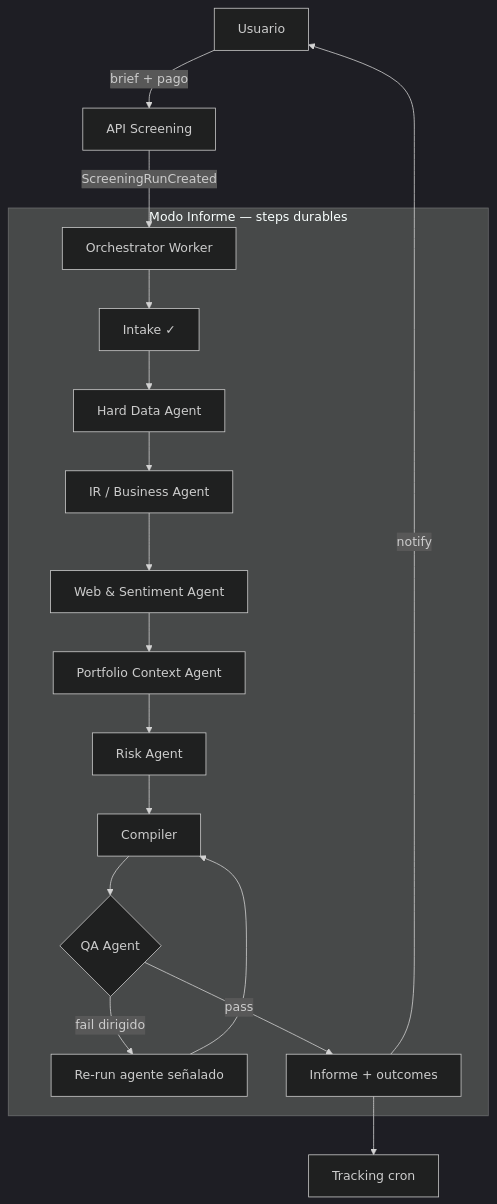
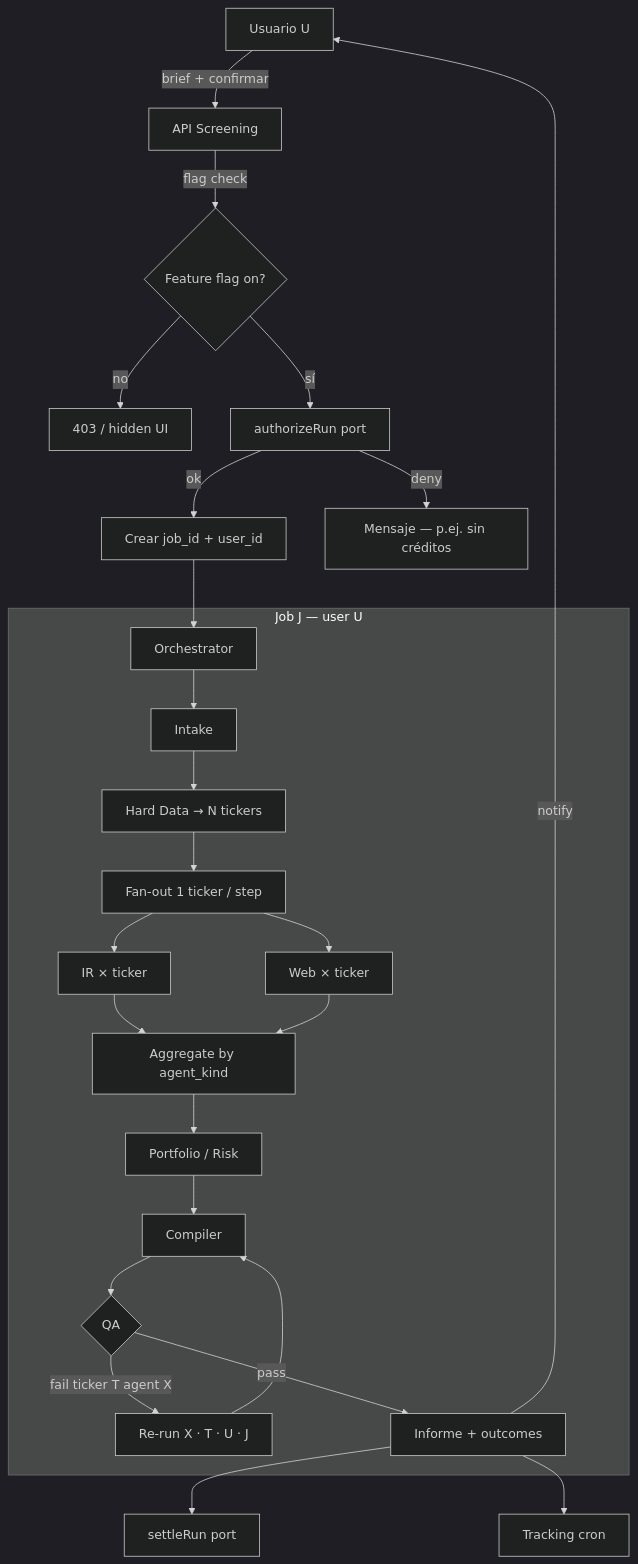
Before and after one commit to kyberis/stocktracker: the third of 5 diagrams in docs/PRD_INVESTMENT_SCREENING_AGENTS_FEASIBLE.md, drawn with Mermaid (dark theme). The commit also changed other lines of this file and 53 other files, not shown here.

````diff
--- a/docs/PRD_INVESTMENT_SCREENING_AGENTS_FEASIBLE.md
+++ b/docs/PRD_INVESTMENT_SCREENING_AGENTS_FEASIBLE.md
@@ -113,22 +299,30 @@
 ```mermaid
 flowchart TD
-    U[Usuario] -->|brief + pago| API[API Screening]
-    API -->|ScreeningRunCreated| ORCH[Orchestrator Worker]
+    U[Usuario U] -->|brief + confirmar| API[API Screening]
+    API -->|flag check| FF{Feature flag on?}
+    FF -->|no| DENY[403 / hidden UI]
+    FF -->|sí| AUTH[authorizeRun port]
+    AUTH -->|ok| JOB[Crear job_id + user_id]
+    AUTH -->|deny| BLOCK[Mensaje — p.ej. sin créditos]
+    JOB --> ORCH[Orchestrator]
 
-    subgraph "Modo Informe — steps durables"
-        ORCH --> S0[Intake ✓]
-        S0 --> S1[Hard Data Agent]
-        S1 --> S2[IR / Business Agent]
-        S2 --> S3[Web & Sentiment Agent]
-        S3 --> S4[Portfolio Context Agent]
-        S4 --> S5[Risk Agent]
-        S5 --> SC[Compiler]
-        SC --> QA{QA Agent}
-        QA -->|fail dirigido| RX[Re-run agente señalado]
+    subgraph "Job J — user U"
+        ORCH --> S0[Intake]
+        S0 --> S1[Hard Data → N tickers]
+        S1 --> FO[Fan-out 1 ticker / step]
+        FO --> IR[IR × ticker]
+        FO --> WEB[Web × ticker]
+        IR --> AGG[Aggregate by agent_kind]
+        WEB --> AGG
+        AGG --> PC[Portfolio / Risk]
+        PC --> SC[Compiler]
+        SC --> QA{QA}
+        QA -->|fail ticker T agent X| RX[Re-run X · T · U · J]
         RX --> SC
         QA -->|pass| DONE[Informe + outcomes]
     end
 
+    DONE --> SETTLE[settleRun port]
     DONE -->|notify| U
     DONE --> T7[Tracking cron]
 ```
````
